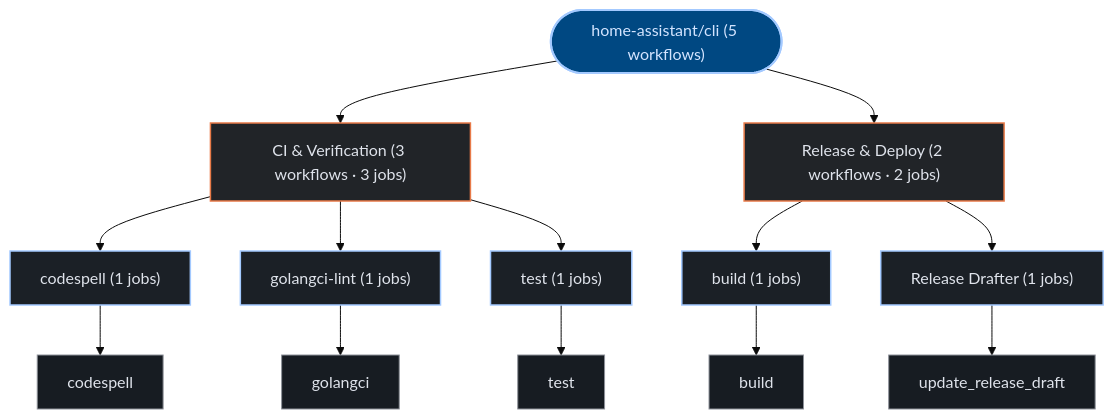
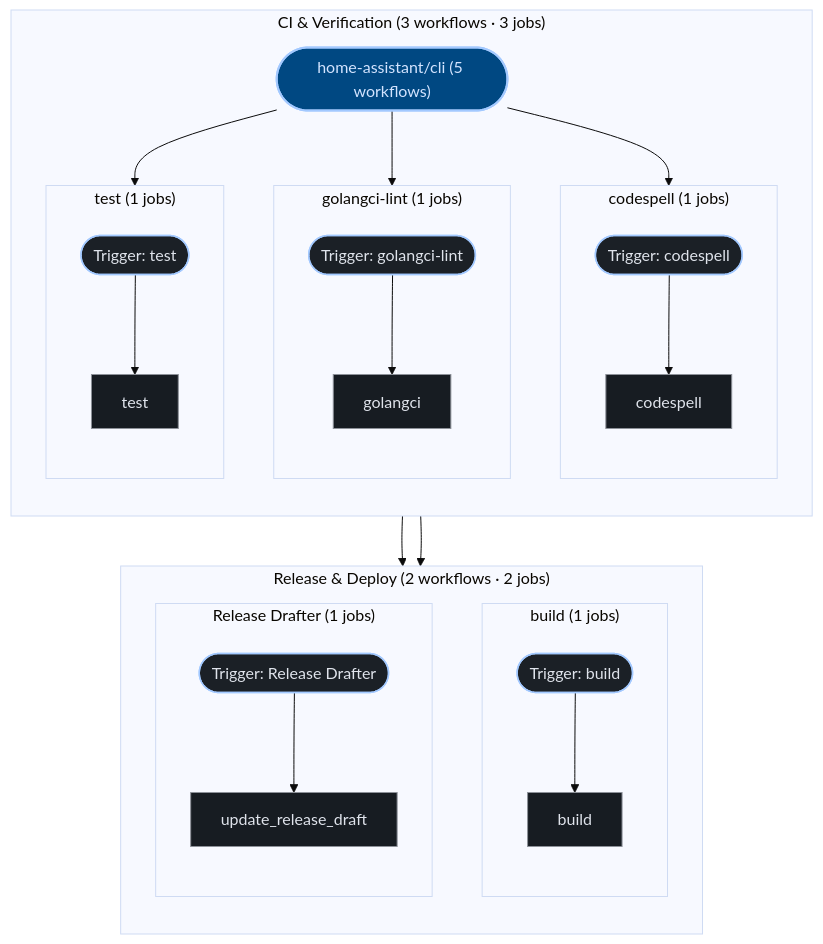
One commit to kumarshaz/atruss-code-atlas changed the third of 3 diagrams in exports/latest/reports/home-assistant-cli-report.md. Above: the diagram before and after it, drawn with Mermaid (base theme). The commit also changed 181 other files, not shown here.

````diff
--- a/exports/latest/reports/home-assistant-cli-report.md
+++ b/exports/latest/reports/home-assistant-cli-report.md
@@ -196,35 +196,52 @@
 ```mermaid
 graph TD;
   classDef atlasRoot fill:#004882,stroke:#a3c9ff,stroke-width:2px,color:#d3e4ff
   classDef atlasCategory fill:#212428,stroke:#E87A48,stroke-width:1.5px,color:#dfe3eb
   classDef atlasWorkflow fill:#1b2026,stroke:#a3c9ff,stroke-width:1.5px,color:#dfe3eb
   classDef atlasJob fill:#171c22,stroke:#8d9199,stroke-width:1px,color:#dfe3eb
   classDef atlasTarget fill:#005227,stroke:#8bd99b,stroke-width:1.5px,color:#a7f6b6
   classDef atlasAlert fill:#93000a,stroke:#ffb4ab,stroke-width:1.5px,color:#ffdad6
   classDef atlasMore fill:#252a31,stroke:#8d9199,stroke-dasharray:4 4,color:#c3c6cf
   pipeline_root(["home-assistant/cli (5 workflows)"]):::atlasRoot
-  grp_0_CI___Verification["CI & Verification (3 workflows · 3 jobs)"]:::atlasCategory
-  pipeline_root --> grp_0_CI___Verification
-  wf_1_codespell["codespell (1 jobs)"]:::atlasWorkflow
-  grp_0_CI___Verification --> wf_1_codespell
-  job_1_codespell["codespell"]:::atlasJob
-  wf_1_codespell --> job_1_codespell
-  wf_2_golangci_lint["golangci-lint (1 jobs)"]:::atlasWorkflow
-  grp_0_CI___Verification --> wf_2_golangci_lint
-  job_2_golangci["golangci"]:::atlasJob
-  wf_2_golangci_lint --> job_2_golangci
-  wf_4_test["test (1 jobs)"]:::atlasWorkflow
-  grp_0_CI___Verification --> wf_4_test
-  job_4_test["test"]:::atlasJob
-  wf_4_test --> job_4_test
-  grp_1_Release___Deploy["Release & Deploy (2 workflows · 2 jobs)"]:::atlasCategory
-  pipeline_root --> grp_1_Release___Deploy
-  wf_0_build["build (1 jobs)"]:::atlasWorkflow
-  grp_1_Release___Deploy --> wf_0_build
-  job_0_build["build"]:::atlasJob
-  wf_0_build --> job_0_build
-  wf_3_Release_Drafter["Release Drafter (1 jobs)"]:::atlasWorkflow
-  grp_1_Release___Deploy --> wf_3_Release_Drafter
-  job_3_update_release_draft["update_release_draft"]:::atlasJob
-  wf_3_Release_Drafter --> job_3_update_release_draft
+  subgraph sg_grp_0_CI___Verification["CI & Verification (3 workflows · 3 jobs)"]
+    direction TB
+    subgraph sg_wf_1_codespell["codespell (1 jobs)"]
+      direction TB
+      wf_1_codespell(["Trigger: codespell"]):::atlasWorkflow
+      job_1_codespell["codespell"]:::atlasJob
+      wf_1_codespell --> job_1_codespell
+    end
+    pipeline_root --> wf_1_codespell
+    subgraph sg_wf_2_golangci_lint["golangci-lint (1 jobs)"]
+      direction TB
+      wf_2_golangci_lint(["Trigger: golangci-lint"]):::atlasWorkflow
+      job_2_golangci["golangci"]:::atlasJob
+      wf_2_golangci_lint --> job_2_golangci
+    end
+    pipeline_root --> wf_2_golangci_lint
+    subgraph sg_wf_4_test["test (1 jobs)"]
+      direction TB
+      wf_4_test(["Trigger: test"]):::atlasWorkflow
+      job_4_test["test"]:::atlasJob
+      wf_4_test --> job_4_test
+    end
+    pipeline_root --> wf_4_test
+  end
+  subgraph sg_grp_1_Release___Deploy["Release & Deploy (2 workflows · 2 jobs)"]
+    direction TB
+    subgraph sg_wf_0_build["build (1 jobs)"]
+      direction TB
+      wf_0_build(["Trigger: build"]):::atlasWorkflow
+      job_0_build["build"]:::atlasJob
+      wf_0_build --> job_0_build
+    end
+    pipeline_root --> wf_0_build
+    subgraph sg_wf_3_Release_Drafter["Release Drafter (1 jobs)"]
+      direction TB
+      wf_3_Release_Drafter(["Trigger: Release Drafter"]):::atlasWorkflow
+      job_3_update_release_draft["update_release_draft"]:::atlasJob
+      wf_3_Release_Drafter --> job_3_update_release_draft
+    end
+    pipeline_root --> wf_3_Release_Drafter
+  end
 ```
````
